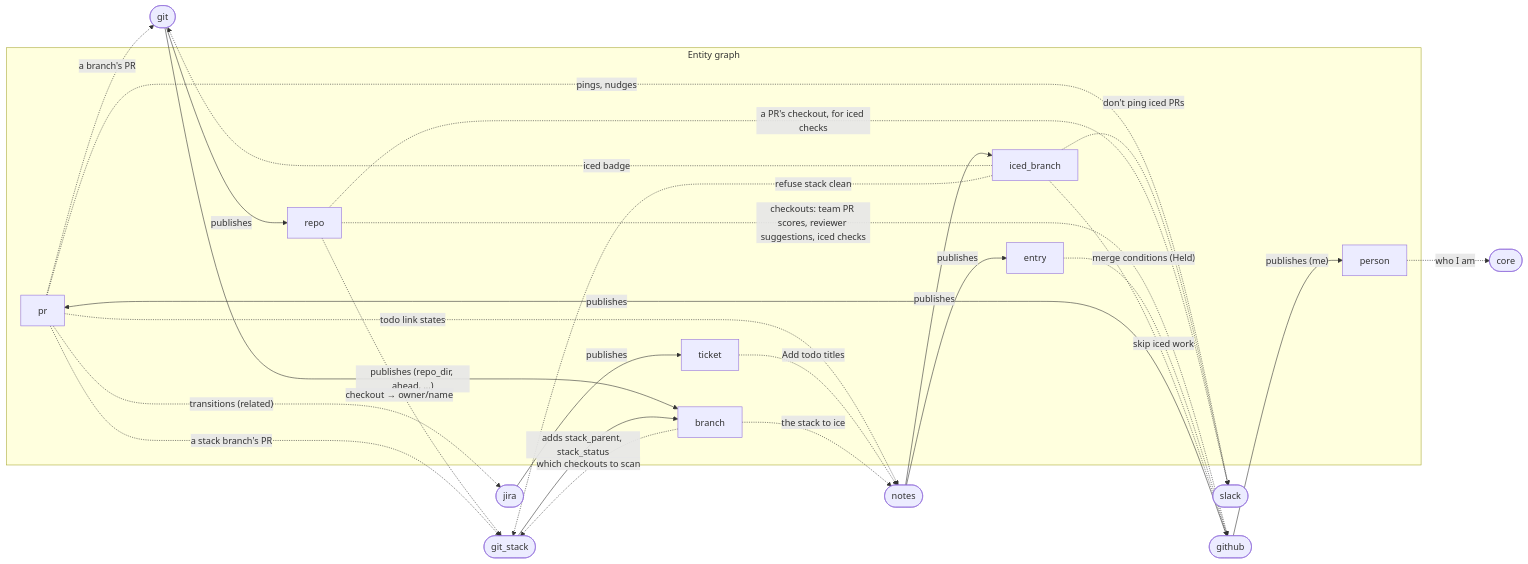
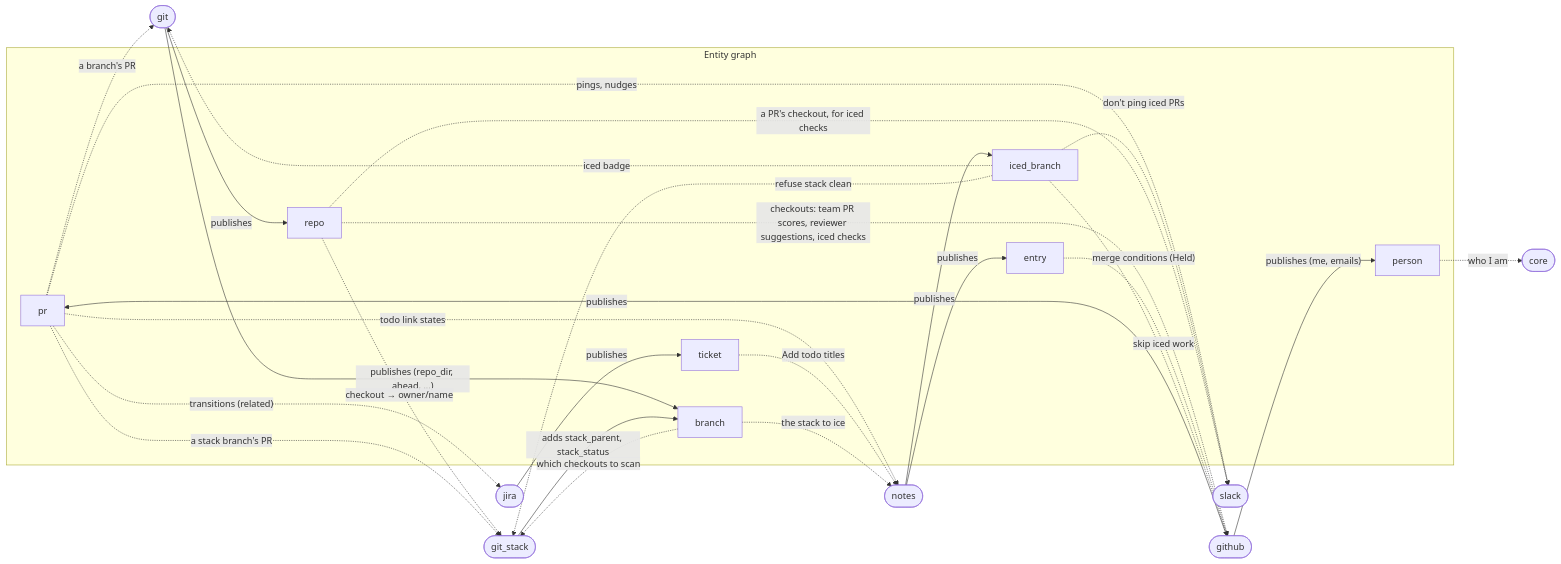
Before and after one commit to benekastah/move-forward: the first of 2 diagrams in docs/plugins.md, drawn with Mermaid. The commit also changed 3 other files, not shown here.

First line of the commit message:
Publish a person, with their email, for everyone github knows

````diff
--- a/docs/plugins.md
+++ b/docs/plugins.md
@@ -13,39 +13,39 @@
 ```mermaid
 flowchart LR
     subgraph Graph["Entity graph"]
         pr[pr]
         person[person]
         repo[repo]
         branch[branch]
         ticket[ticket]
         entry[entry]
         iced[iced_branch]
     end
 
     github([github]) -- publishes --> pr
-    github -- "publishes (me)" --> person
+    github -- "publishes (me, emails)" --> person
     git([git]) -- publishes --> repo
     git -- "publishes (repo_dir, ahead, ...)" --> branch
     git_stack([git_stack]) -- "adds stack_parent, stack_status" --> branch
     jira([jira]) -- publishes --> ticket
     notes([notes]) -- publishes --> entry
     notes -- publishes --> iced
 
     repo -. "checkouts: team PR scores, reviewer suggestions, iced checks" .-> github
     entry -. "merge conditions (Held)" .-> github
     iced -. "skip iced work" .-> github
     pr -. "a branch's PR" .-> git
     iced -. "iced badge" .-> git
     branch -. "which checkouts to scan" .-> git_stack
     repo -. "checkout → owner/name" .-> git_stack
     pr -. "a stack branch's PR" .-> git_stack
     iced -. "refuse stack clean" .-> git_stack
     pr -. "transitions (related)" .-> jira
     pr -. "pings, nudges" .-> slack([slack])
     iced -. "don't ping iced PRs" .-> slack
     repo -. "a PR's checkout, for iced checks" .-> slack
     pr -. "todo link states" .-> notes
     ticket -. "Add todo titles" .-> notes
     branch -. "the stack to ice" .-> notes
     person -. "who I am" .-> core([core])
 ```
````
